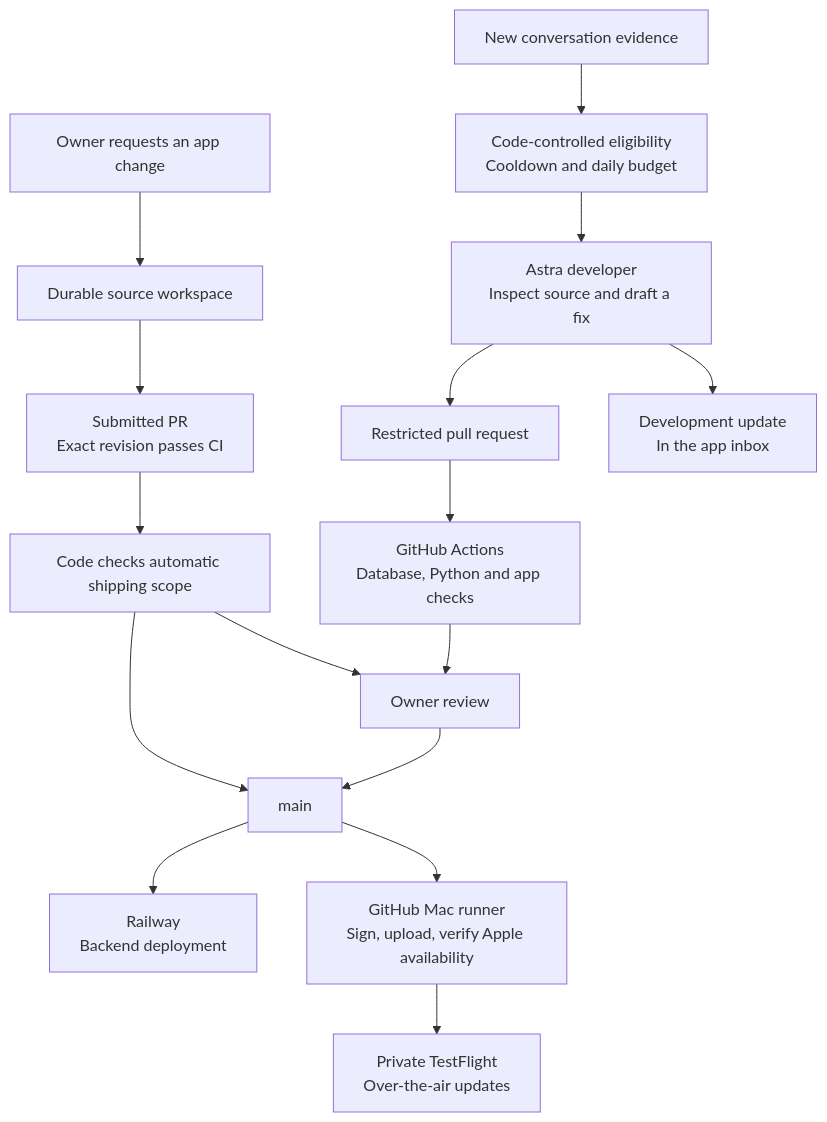
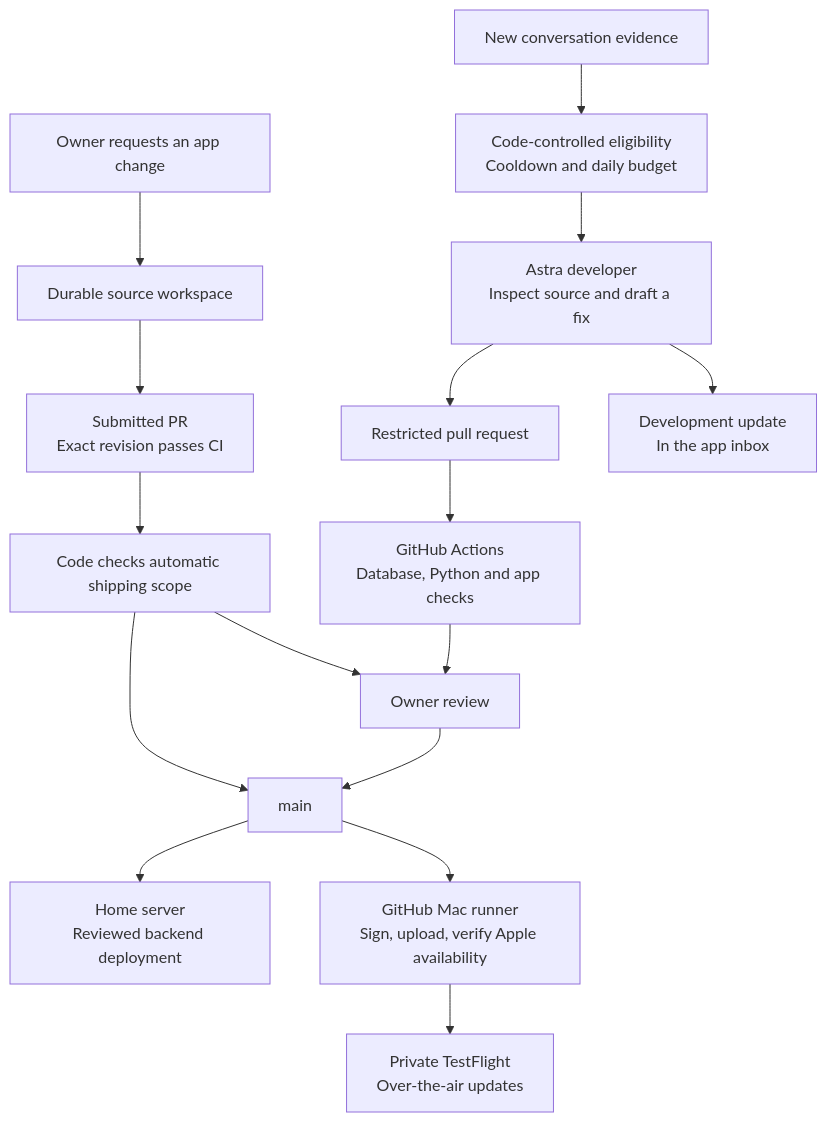
One commit to carterDWatts/personal_assistant changed the diagram in README.md. Above: the diagram before and after it, drawn with Mermaid. The commit also changed other lines of this file and 5 other files, not shown here.

Commit message:
Back up the home deployment.

````diff
--- a/README.md
+++ b/README.md
@@ -59,18 +59,18 @@
 ```mermaid
 flowchart TB
     chat["New conversation evidence"] --> gate["Code-controlled eligibility<br/>Cooldown and daily budget"]
     gate --> astra["Astra developer<br/>Inspect source and draft a fix"]
     astra --> pr["Restricted pull request"]
     pr --> ci["GitHub Actions<br/>Database, Python and app checks"]
     ci --> review["Owner review"]
     review --> main["main"]
-    main --> host["Railway<br/>Backend deployment"]
+    main --> host["Home server<br/>Reviewed backend deployment"]
     request["Owner requests an app change"] --> workspace["Durable source workspace"]
     workspace --> submitted["Submitted PR<br/>Exact revision passes CI"]
     submitted --> scope["Code checks automatic shipping scope"]
     scope --> main
     scope --> review
     main --> release["GitHub Mac runner<br/>Sign, upload, verify Apple availability"]
     release --> phone["Private TestFlight<br/>Over-the-air updates"]
     astra --> inbox["Development update<br/>In the app inbox"]
 ```
````
